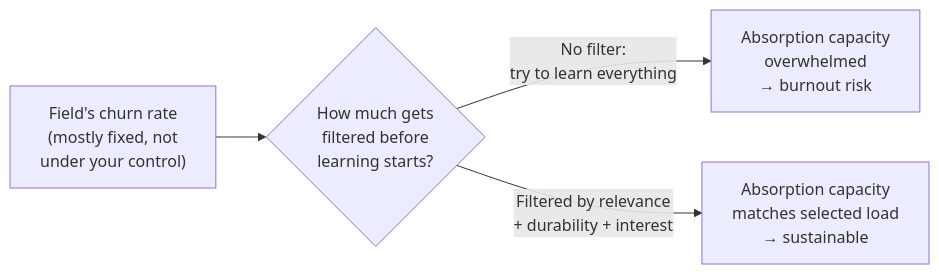
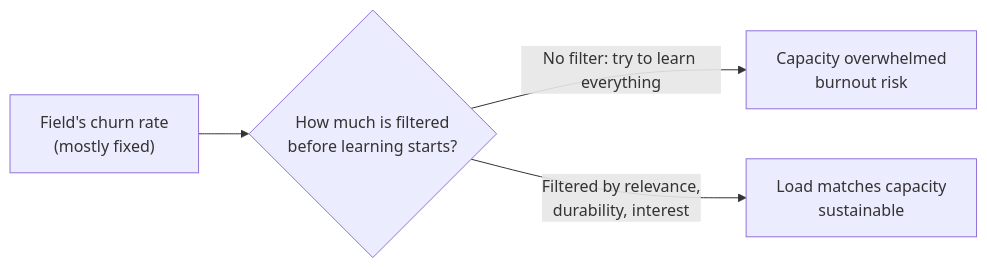
Before and after one commit to francoandreDev/knowledge: the second of 2 diagrams in src/content/sustainable-performance/sustainable-long-term-learning-pace/L2-concept.mdx, drawn with Mermaid. The commit also changed other lines of this file and 16 other files, not shown here.

````diff
--- a/src/content/sustainable-performance/sustainable-long-term-learning-pace/L2-concept.mdx
+++ b/src/content/sustainable-performance/sustainable-long-term-learning-pace/L2-concept.mdx
@@ -89,6 +72,6 @@
 ```mermaid
 flowchart LR
-    A["Field's churn rate\n(mostly fixed, not\nunder your control)"] --> B{"How much gets\nfiltered before\nlearning starts?"}
-    B -- "No filter:\ntry to learn everything" --> C["Absorption capacity\noverwhelmed\n→ burnout risk"]
-    B -- "Filtered by relevance\n+ durability + interest" --> D["Absorption capacity\nmatches selected load\n→ sustainable"]
+    A["Field's churn rate<br/>(mostly fixed)"] --> B{"How much is filtered<br/>before learning starts?"}
+    B -- "No filter: try to learn everything" --> C["Capacity overwhelmed<br/>burnout risk"]
+    B -- "Filtered by relevance,<br/>durability, interest" --> D["Load matches capacity<br/>sustainable"]
 ```
````
